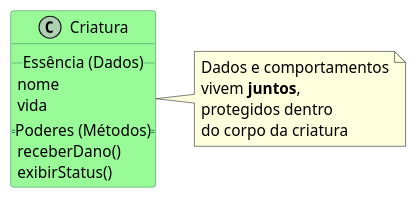
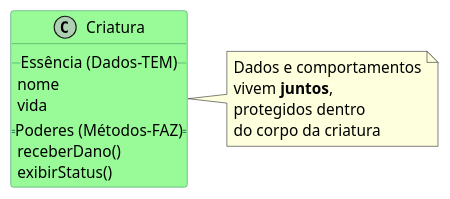
The second of 3 diagrams in src/posts/01_paradigmas.md (2026-ifba-saj-inf-poo/blog), drawn with PlantUML before and after one commit. The commit also changed 2 other files, not shown here.

Commit message:
Associações

````diff
--- a/src/posts/01_paradigmas.md
+++ b/src/posts/01_paradigmas.md
@@ -109,24 +109,24 @@
 ```plantuml
 @startuml
 skinparam backgroundColor transparent
 skinparam defaultFontSize 14
 skinparam classBackgroundColor #98FB98
 skinparam classBorderColor SeaGreen
 
 class Criatura {
-    __ Essência (Dados) __
+    __ Essência (Dados-TEM) __
     nome
     vida
-    == Poderes (Métodos) ==
+    == Poderes (Métodos-FAZ) ==
     receberDano()
     exibirStatus()
 }
 
 note right of Criatura
   Dados e comportamentos
   vivem <b>juntos</b>,
   protegidos dentro
   do corpo da criatura
 end note
 @enduml
 ```
````
